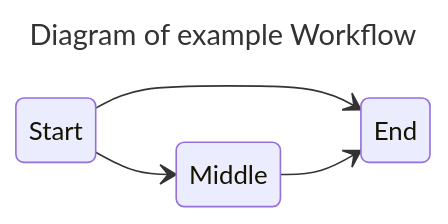
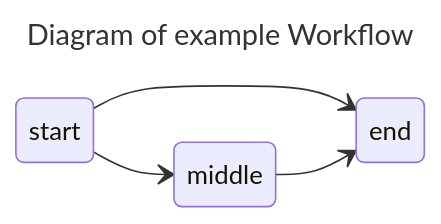
One commit to luno/workflow changed the diagram in testdata/graph-visualisation.md. Above: the diagram before and after it, drawn with Mermaid. The commit also changed 2 other files, not shown here.

Commit message:
workflow: Rename diagram creation function and signature

````diff
--- a/testdata/graph-visualisation.md
+++ b/testdata/graph-visualisation.md
@@ -1,11 +1,11 @@
 ```mermaid
 ---
 title: Diagram of example Workflow
 ---
 stateDiagram-v2
 	direction LR
 	
-	Start-->Middle
-	Start-->End
-	Middle-->End
+	start-->middle
+	start-->end
+	middle-->end
 ```
````
